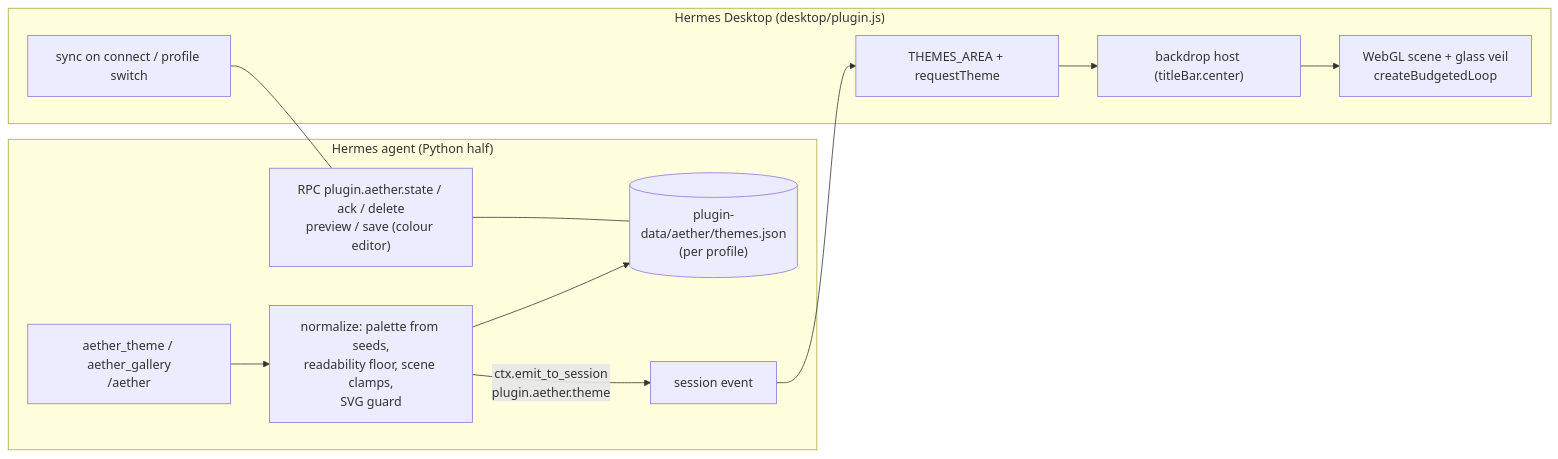
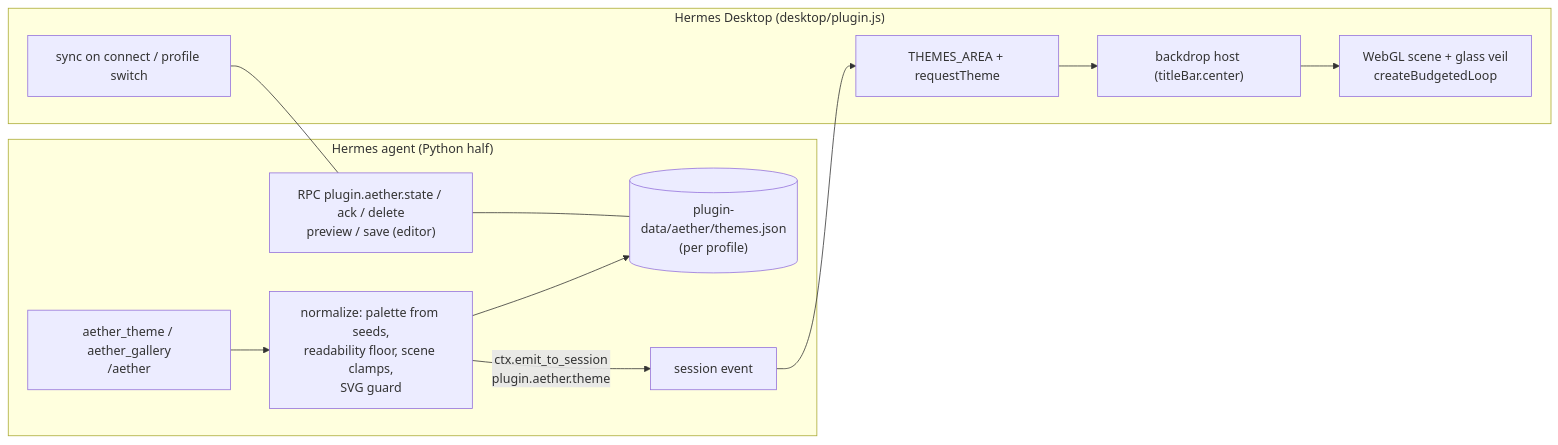
The diagram in README.md (abundantbeing/aether), drawn with Mermaid before and after one commit. The commit also changed other lines of this file, not shown here.

````diff
--- a/README.md
+++ b/README.md
@@ -93,15 +100,15 @@
 ```mermaid
 flowchart LR
   subgraph Agent["Hermes agent (Python half)"]
     T["aether_theme / aether_gallery<br/>/aether"] --> N["normalize: palette from seeds,<br/>readability floor, scene clamps,<br/>SVG guard"]
     N --> S[("plugin-data/aether/themes.json<br/>(per profile)")]
     N -- "ctx.emit_to_session<br/>plugin.aether.theme" --> E
-    R["RPC plugin.aether.state / ack / delete<br/>preview / save (colour editor)"] --- S
+    R["RPC plugin.aether.state / ack / delete<br/>preview / save (editor)"] --- S
   end
   subgraph Desktop["Hermes Desktop (desktop/plugin.js)"]
     E["session event"] --> A["THEMES_AREA + requestTheme"]
     A --> H["backdrop host (titleBar.center)"]
     H --> G["WebGL scene + glass veil<br/>createBudgetedLoop"]
     Y["sync on connect / profile switch"] --- R
   end
 ```
````
